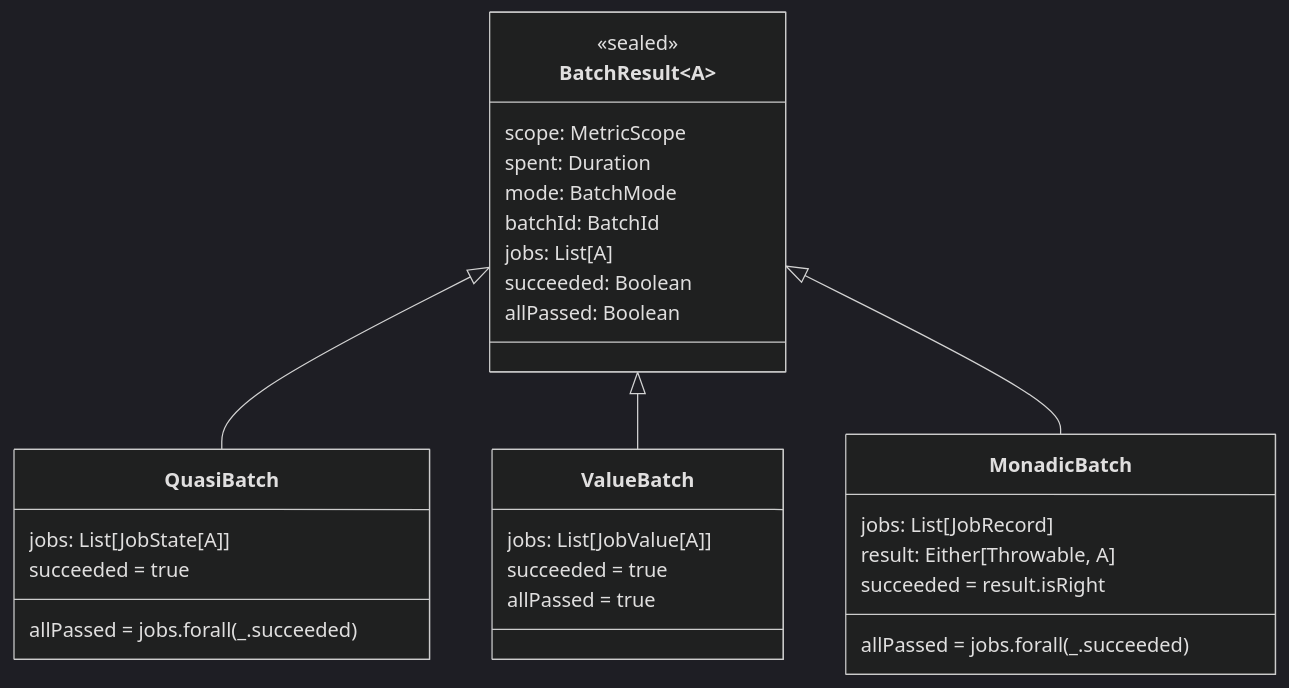
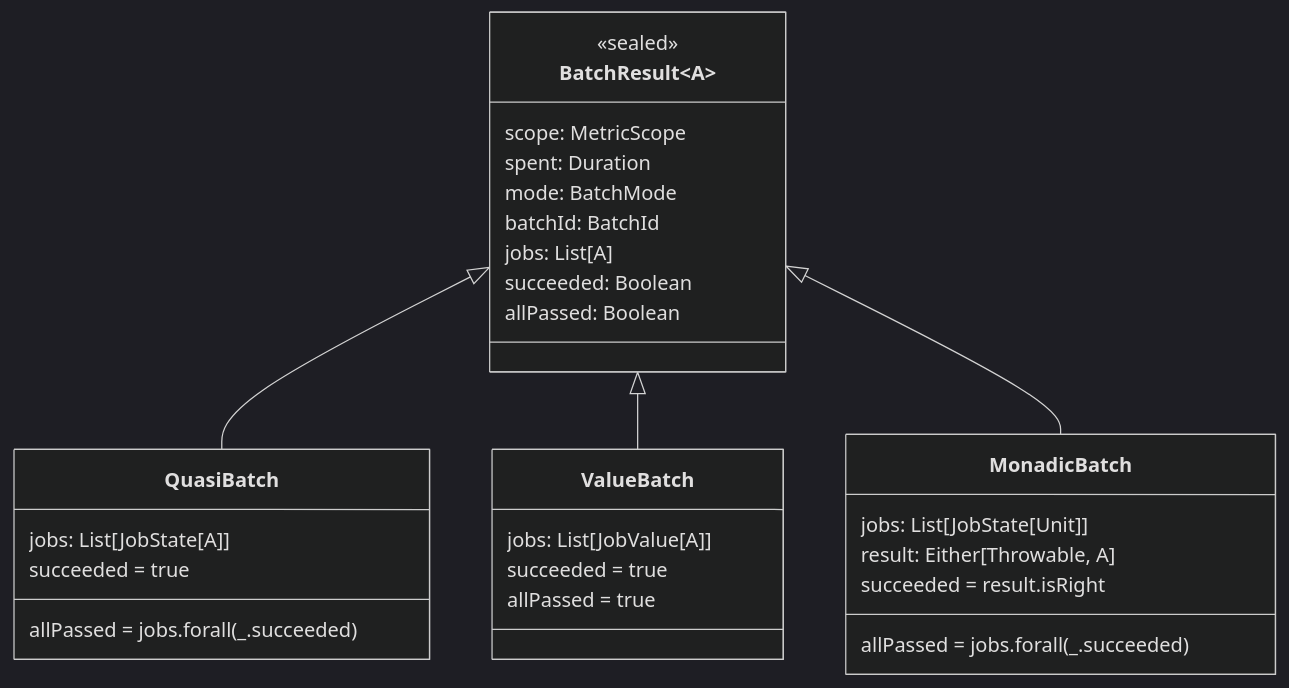
The fifth of 7 diagrams in guard/doc/README.md (chenharryhua/nanjin), drawn with Mermaid (dark theme) before and after one commit.

Commit message:
Change job type from JobRecord to JobState[Unit]

````diff
--- a/guard/doc/README.md
+++ b/guard/doc/README.md
@@ -129,33 +129,33 @@
 ```mermaid
 classDiagram
     class BatchResult~A~ {
         <<sealed>>
         scope: MetricScope
         spent: Duration
         mode: BatchMode
         batchId: BatchId
         jobs: List[A]
         succeeded: Boolean
         allPassed: Boolean
     }
     BatchResult <|-- QuasiBatch
     BatchResult <|-- ValueBatch
     BatchResult <|-- MonadicBatch
 
     class QuasiBatch~A~ {
         jobs: List[JobState[A]]
         succeeded = true
         allPassed = jobs.forall(_.succeeded)
     }
     class ValueBatch~A~ {
         jobs: List[JobValue[A]]
         succeeded = true
         allPassed = true
     }
     class MonadicBatch~A~ {
-        jobs: List[JobRecord]
+        jobs: List[JobState[Unit]]
         result: Either[Throwable, A]
         succeeded = result.isRight
         allPassed = jobs.forall(_.succeeded)
     }
 ```
````
